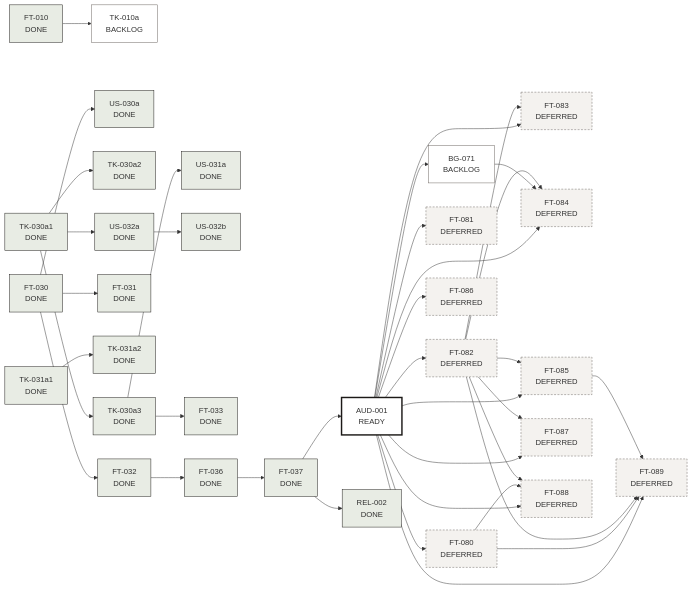
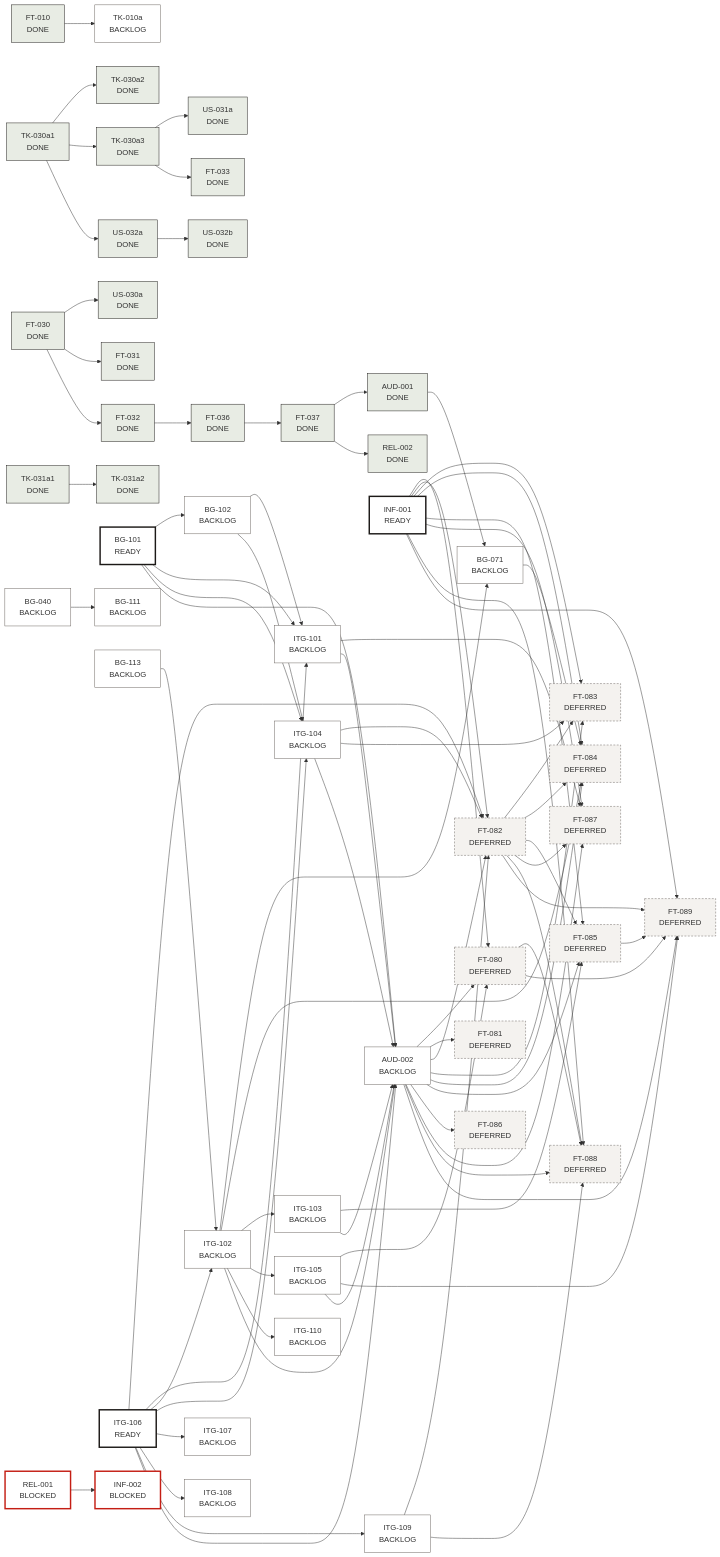
Before and after one commit to mzinhoww-svg/memo-brasil: the diagram in docs/backlog/DEPENDENCY-GRAPH.md, drawn with Mermaid. The commit also changed 363 other files, not shown here.

Commit message:
docs(audit): AUD-001 auditoria independente (relatorios 00-11, 65 achados, evidencias), backlog consolidado (125 itens) e specs de auditoria isolados

```diff
--- a/docs/backlog/DEPENDENCY-GRAPH.md
+++ b/docs/backlog/DEPENDENCY-GRAPH.md
@@ -19,8 +19,10 @@
   FT_033["FT-033<br/>DONE"]:::done
   FT_036["FT-036<br/>DONE"]:::done
   FT_037["FT-037<br/>DONE"]:::done
+  BG_040["BG-040<br/>BACKLOG"]:::back
   BG_071["BG-071<br/>BACKLOG"]:::back
-  AUD_001["AUD-001<br/>READY"]:::ready
+  AUD_001["AUD-001<br/>DONE"]:::done
+  REL_001["REL-001<br/>BLOCKED"]:::block
   REL_002["REL-002<br/>DONE"]:::done
   FT_080["FT-080<br/>DEFERRED"]:::defer
   FT_081["FT-081<br/>DEFERRED"]:::defer
@@ -32,6 +34,23 @@
   FT_087["FT-087<br/>DEFERRED"]:::defer
   FT_088["FT-088<br/>DEFERRED"]:::defer
   FT_089["FT-089<br/>DEFERRED"]:::defer
+  INF_001["INF-001<br/>READY"]:::ready
+  BG_101["BG-101<br/>READY"]:::ready
+  BG_102["BG-102<br/>BACKLOG"]:::back
+  BG_111["BG-111<br/>BACKLOG"]:::back
+  BG_113["BG-113<br/>BACKLOG"]:::back
+  ITG_101["ITG-101<br/>BACKLOG"]:::back
+  ITG_102["ITG-102<br/>BACKLOG"]:::back
+  ITG_103["ITG-103<br/>BACKLOG"]:::back
+  ITG_104["ITG-104<br/>BACKLOG"]:::back
+  ITG_105["ITG-105<br/>BACKLOG"]:::back
+  ITG_106["ITG-106<br/>READY"]:::ready
+  ITG_107["ITG-107<br/>BACKLOG"]:::back
+  ITG_108["ITG-108<br/>BACKLOG"]:::back
+  ITG_109["ITG-109<br/>BACKLOG"]:::back
+  ITG_110["ITG-110<br/>BACKLOG"]:::back
+  INF_002["INF-002<br/>BLOCKED"]:::block
+  AUD_002["AUD-002<br/>BACKLOG"]:::back
   FT_010 --> TK_010a
   FT_030 --> US_030a
   TK_030a1 --> TK_030a2
@@ -46,28 +65,71 @@
   FT_032 --> FT_036
   FT_036 --> FT_037
   AUD_001 --> BG_071
+  ITG_102 --> BG_071
   FT_037 --> AUD_001
   FT_037 --> REL_002
-  AUD_001 --> FT_080
-  AUD_001 --> FT_081
-  AUD_001 --> FT_082
-  AUD_001 --> FT_083
+  INF_001 --> FT_080
+  AUD_002 --> FT_080
+  ITG_105 --> FT_080
+  AUD_002 --> FT_081
+  INF_001 --> FT_082
+  AUD_002 --> FT_082
+  ITG_104 --> FT_082
+  ITG_109 --> FT_082
+  ITG_106 --> FT_082
   FT_082 --> FT_083
-  AUD_001 --> FT_084
+  INF_001 --> FT_083
+  AUD_002 --> FT_083
+  ITG_104 --> FT_083
   BG_071 --> FT_084
   FT_082 --> FT_084
-  AUD_001 --> FT_085
+  INF_001 --> FT_084
+  AUD_002 --> FT_084
+  ITG_102 --> FT_084
   FT_082 --> FT_085
-  AUD_001 --> FT_086
-  AUD_001 --> FT_087
+  INF_001 --> FT_085
+  AUD_002 --> FT_085
+  ITG_103 --> FT_085
+  AUD_002 --> FT_086
   FT_082 --> FT_087
-  AUD_001 --> FT_088
+  INF_001 --> FT_087
+  AUD_002 --> FT_087
+  ITG_101 --> FT_087
   FT_080 --> FT_088
   FT_082 --> FT_088
-  AUD_001 --> FT_089
+  INF_001 --> FT_088
+  AUD_002 --> FT_088
+  ITG_109 --> FT_088
   FT_080 --> FT_089
   FT_082 --> FT_089
   FT_085 --> FT_089
+  INF_001 --> FT_089
+  AUD_002 --> FT_089
+  ITG_105 --> FT_089
+  BG_101 --> BG_102
+  BG_040 --> BG_111
+  BG_101 --> ITG_101
+  BG_102 --> ITG_101
+  ITG_106 --> ITG_101
+  ITG_106 --> ITG_102
+  BG_113 --> ITG_102
+  ITG_102 --> ITG_103
+  BG_101 --> ITG_104
+  BG_102 --> ITG_104
+  ITG_106 --> ITG_104
+  ITG_102 --> ITG_105
+  ITG_106 --> ITG_107
+  ITG_106 --> ITG_108
+  ITG_106 --> ITG_109
+  ITG_102 --> ITG_110
+  REL_001 --> INF_002
+  BG_101 --> AUD_002
+  ITG_101 --> AUD_002
+  ITG_102 --> AUD_002
+  ITG_103 --> AUD_002
+  ITG_104 --> AUD_002
+  ITG_105 --> AUD_002
+  ITG_106 --> AUD_002
   classDef done fill:#E8ECE4,stroke:#1C1917;
   classDef ready fill:#FFFFFF,stroke:#1C1917,stroke-width:3px;
   classDef test fill:#F4F2EF,stroke:#1C1917;
```
